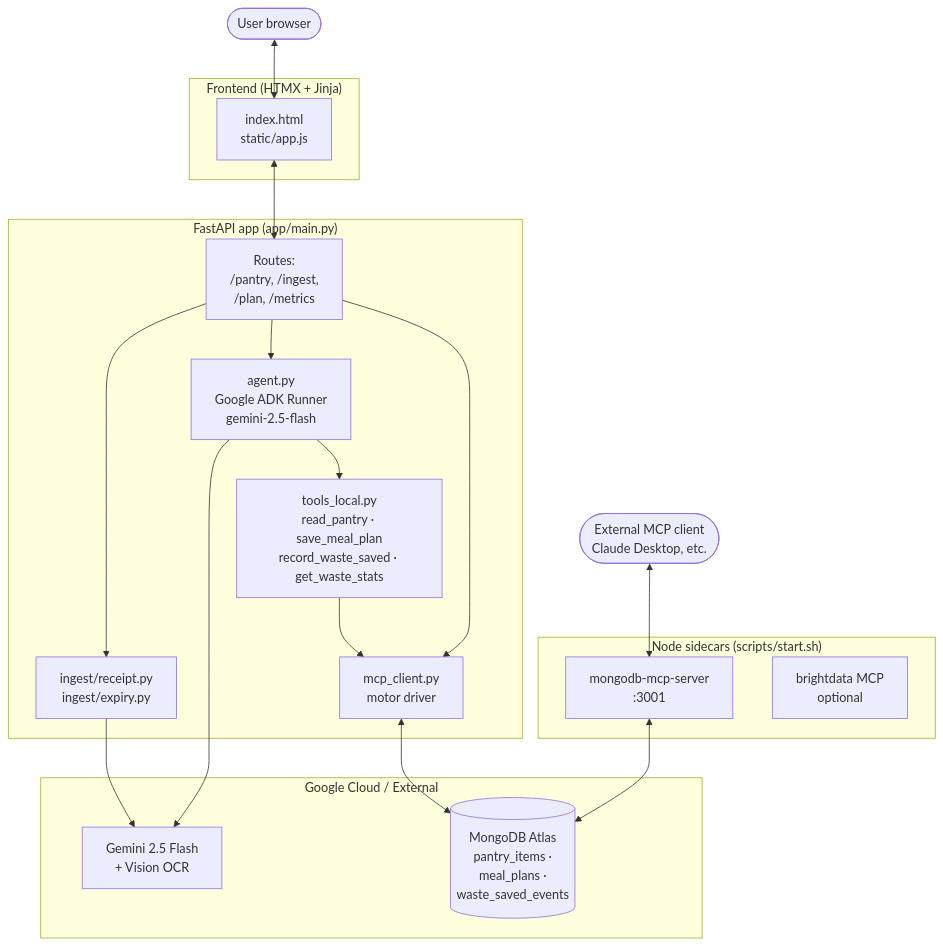
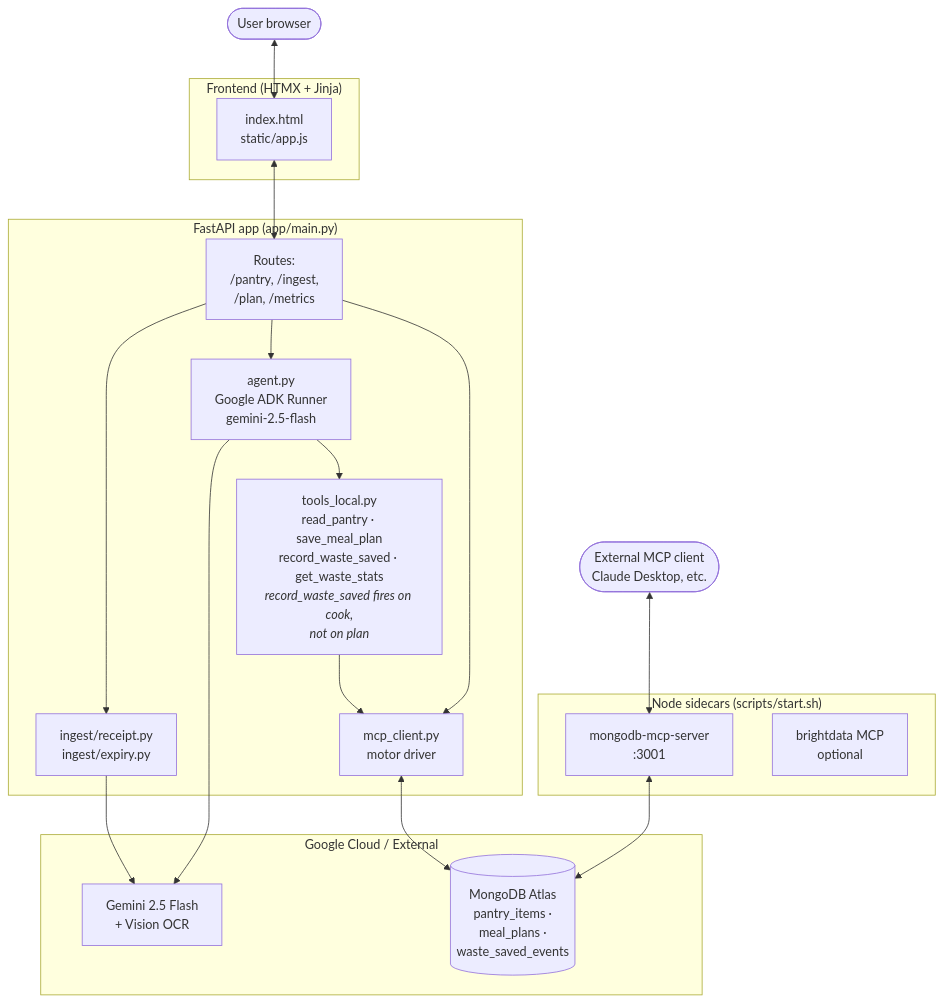
The third of 3 diagrams in README.md (faketut/PantryPilot), drawn with Mermaid before and after one commit. The commit also changed other lines of this file and 3 other files, not shown here.

Commit message:
feat: update waste management logic to project potential waste saved and adjust UI accordingly

````diff
--- a/README.md
+++ b/README.md
@@ -73,39 +73,39 @@
 ```mermaid
 flowchart TB
     User([User browser])
 
     subgraph Frontend["Frontend (HTMX + Jinja)"]
         UI[index.html<br/>static/app.js]
     end
 
     subgraph App["FastAPI app (app/main.py)"]
         Routes[Routes:<br/>/pantry, /ingest,<br/>/plan, /metrics]
         Ingest[ingest/receipt.py<br/>ingest/expiry.py]
-        Tools[tools_local.py<br/>read_pantry · save_meal_plan<br/>record_waste_saved · get_waste_stats]
+        Tools[tools_local.py<br/>read_pantry · save_meal_plan<br/>record_waste_saved · get_waste_stats<br/><i>record_waste_saved fires on cook,<br/>not on plan</i>]
         Agent[agent.py<br/>Google ADK Runner<br/>gemini-2.5-flash]
         DataLayer[mcp_client.py<br/>motor driver]
     end
 
     subgraph Sidecars["Node sidecars (scripts/start.sh)"]
         MdbMCP[mongodb-mcp-server<br/>:3001]
         BrightData[brightdata MCP<br/>optional]
     end
 
     subgraph Cloud["Google Cloud / External"]
         Gemini[Gemini 2.5 Flash<br/>+ Vision OCR]
         Atlas[(MongoDB Atlas<br/>pantry_items ·<br/>meal_plans ·<br/>waste_saved_events)]
     end
 
     User <--> UI
     UI <--> Routes
     Routes --> Ingest
     Ingest --> Gemini
     Routes --> Agent
     Agent --> Tools
     Agent --> Gemini
     Tools --> DataLayer
     Routes --> DataLayer
     DataLayer <--> Atlas
     MdbMCP <--> Atlas
     ExtClient([External MCP client<br/>Claude Desktop, etc.]) <--> MdbMCP
 ```
````
